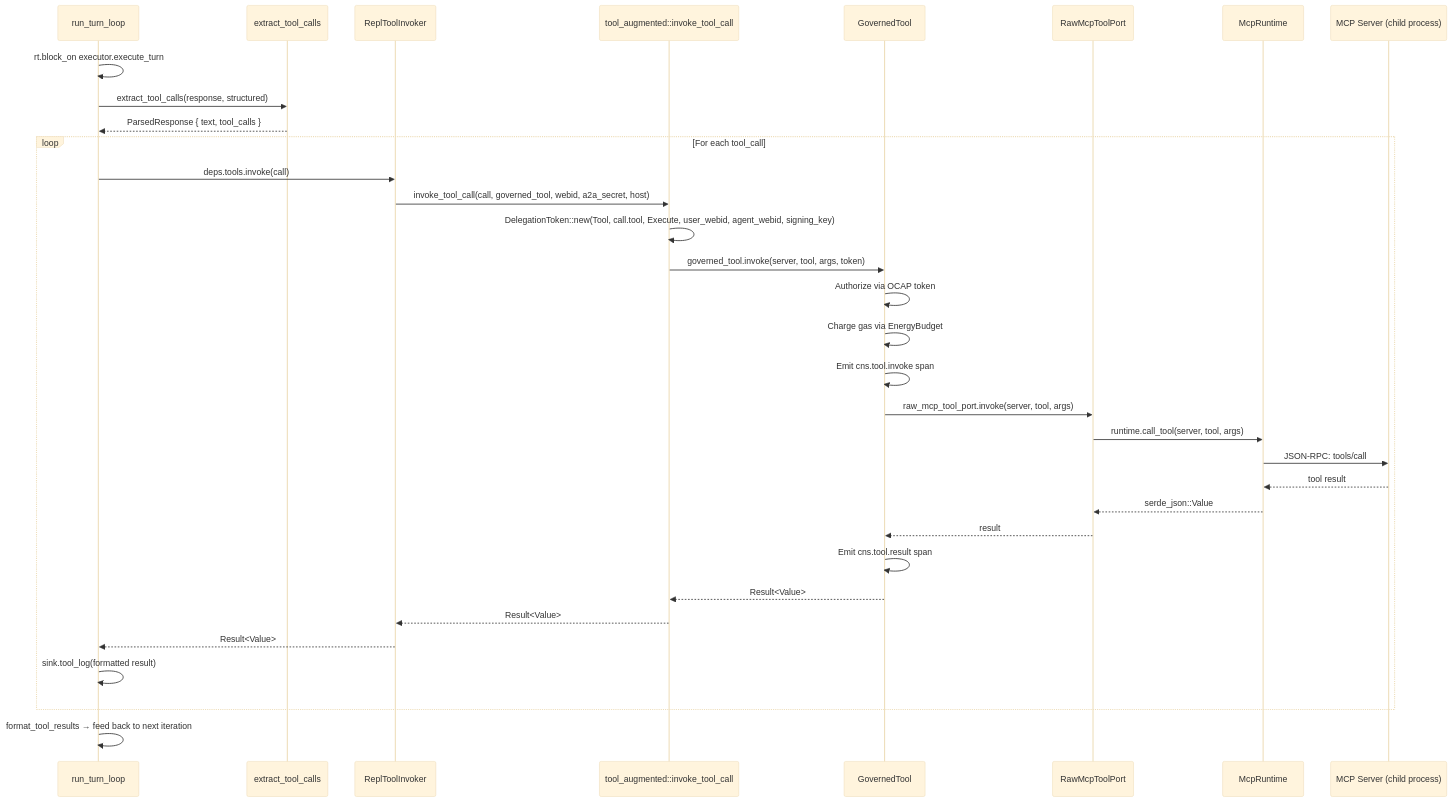
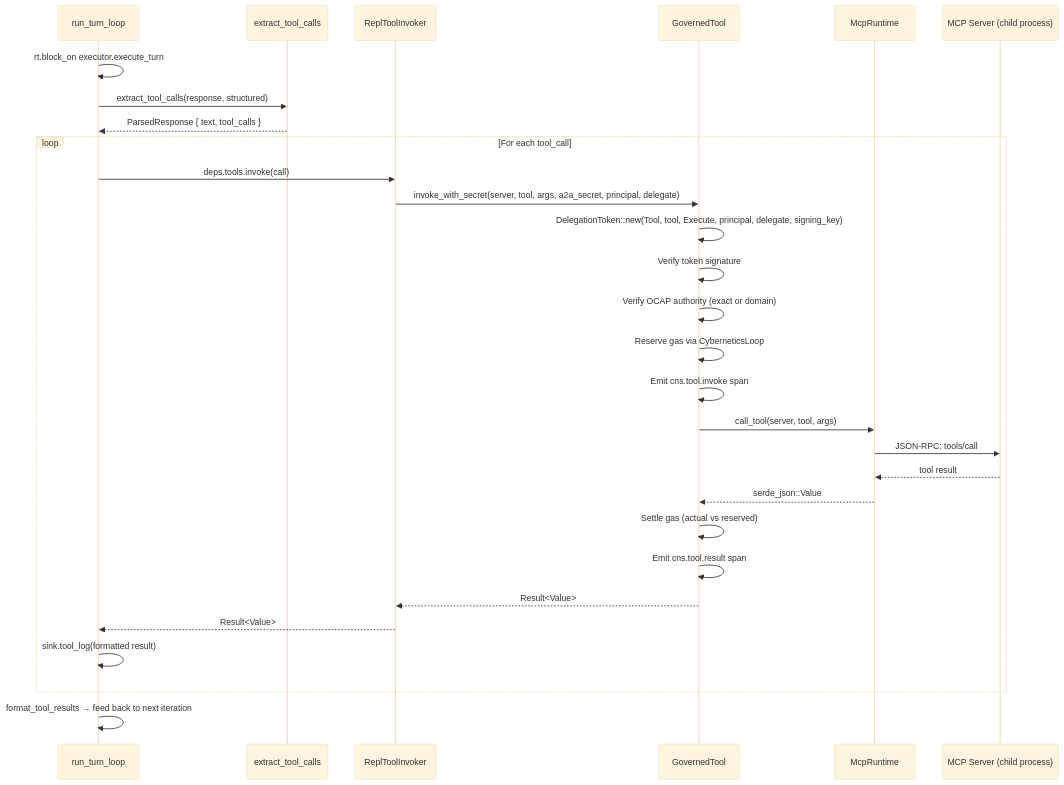
The diagram in docs/diagrams/sequence-repl-tool-invocation.md (mdz-axo/hKask), drawn with Mermaid (base theme) before and after one commit. The commit also changed other lines of this file and 10 other files, not shown here.

First line of the commit message:
Make ToolPort dyn-compatible and collapse tool invocation chain

````diff
--- a/docs/diagrams/sequence-repl-tool-invocation.md
+++ b/docs/diagrams/sequence-repl-tool-invocation.md
@@ -15,36 +15,32 @@
 ```mermaid
 sequenceDiagram
     participant Turn as run_turn_loop
     participant Extract as extract_tool_calls
     participant Invoker as ReplToolInvoker
-    participant ToolAug as tool_augmented::invoke_tool_call
     participant Gov as GovernedTool
-    participant Raw as RawMcpToolPort
     participant Runtime as McpRuntime
     participant Server as MCP Server (child process)
 
     Turn->>Turn: rt.block_on executor.execute_turn
     Turn->>Extract: extract_tool_calls(response, structured)
     Extract-->>Turn: ParsedResponse { text, tool_calls }
     loop For each tool_call
         Turn->>Invoker: deps.tools.invoke(call)
-        Invoker->>ToolAug: invoke_tool_call(call, governed_tool, webid, a2a_secret, host)
-        ToolAug->>ToolAug: DelegationToken::new(Tool, call.tool, Execute, user_webid, agent_webid, signing_key)
-        ToolAug->>Gov: governed_tool.invoke(server, tool, args, token)
-        Gov->>Gov: Authorize via OCAP token
-        Gov->>Gov: Charge gas via EnergyBudget
+        Invoker->>Gov: invoke_with_secret(server, tool, args, a2a_secret, principal, delegate)
+        Gov->>Gov: DelegationToken::new(Tool, tool, Execute, principal, delegate, signing_key)
+        Gov->>Gov: Verify token signature
+        Gov->>Gov: Verify OCAP authority (exact or domain)
+        Gov->>Gov: Reserve gas via CyberneticsLoop
         Gov->>Gov: Emit cns.tool.invoke span
-        Gov->>Raw: raw_mcp_tool_port.invoke(server, tool, args)
-        Raw->>Runtime: runtime.call_tool(server, tool, args)
+        Gov->>Runtime: call_tool(server, tool, args)
         Runtime->>Server: JSON-RPC: tools/call
         Server-->>Runtime: tool result
-        Runtime-->>Raw: serde_json::Value
-        Raw-->>Gov: result
+        Runtime-->>Gov: serde_json::Value
+        Gov->>Gov: Settle gas (actual vs reserved)
         Gov->>Gov: Emit cns.tool.result span
-        Gov-->>ToolAug: Result<Value>
-        ToolAug-->>Invoker: Result<Value>
+        Gov-->>Invoker: Result<Value>
         Invoker-->>Turn: Result<Value>
         Turn->>Turn: sink.tool_log(formatted result)
     end
     Turn->>Turn: format_tool_results → feed back to next iteration
 ```
````
